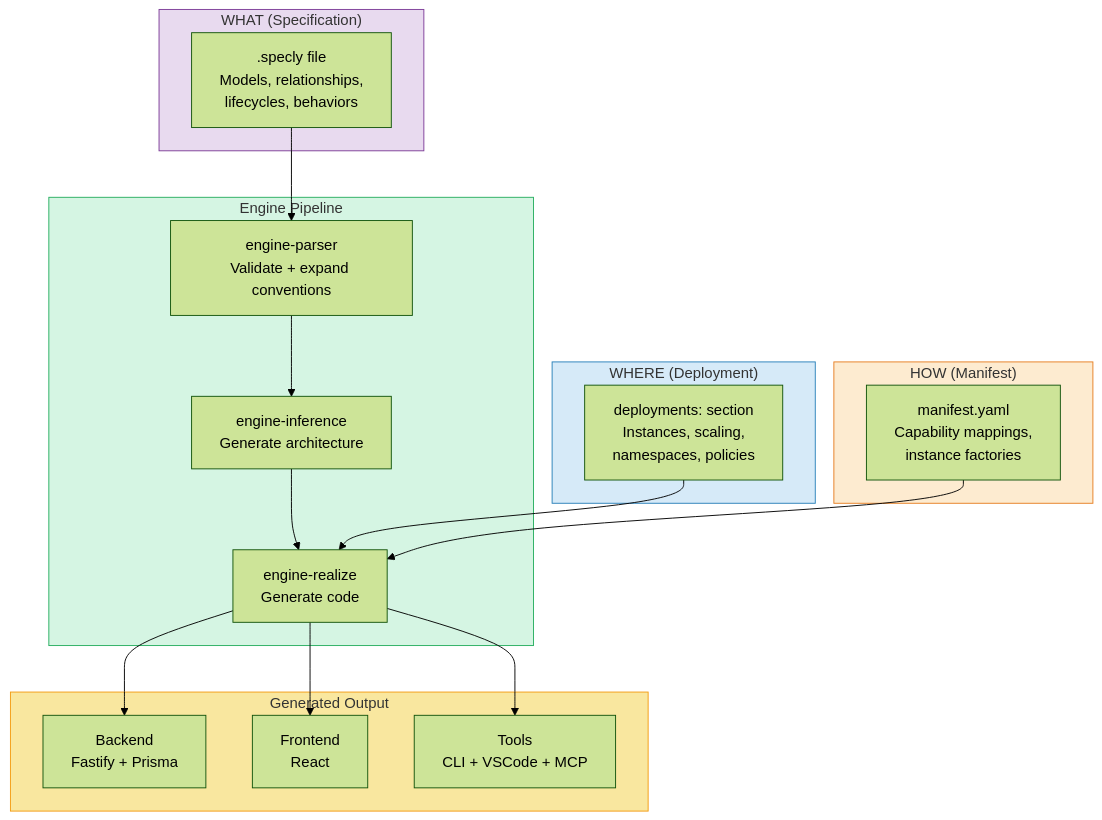
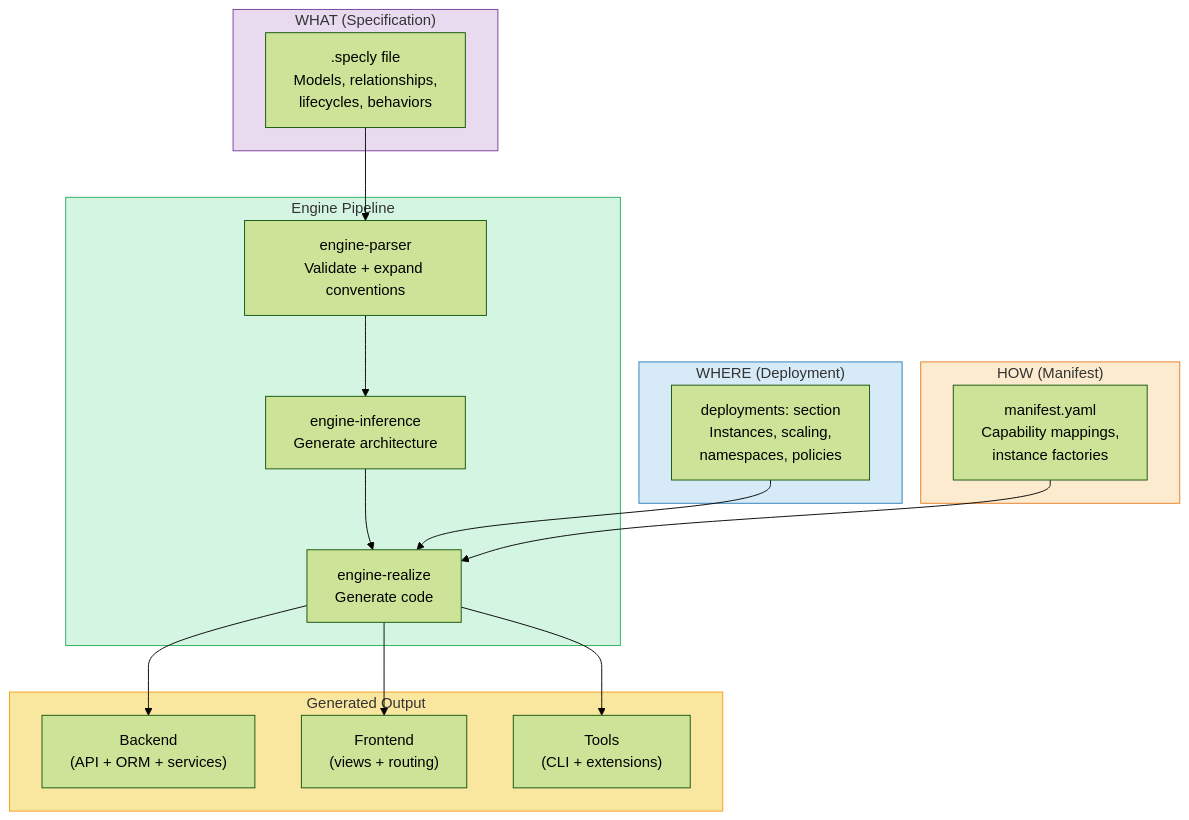
Before and after one commit to SpecVerse/specverse-self: the second of 3 diagrams in docs/SPECVERSE-GUIDE.md, drawn with Mermaid (forest theme). The commit also changed other lines of this file, not shown here.

Commit message:
fix: make pipeline diagrams generic (not specverse-self specific)
Backend/Frontend/Tools instead of Fastify+Prisma+React.
The specific technology comes from the manifest, not the diagram.

````diff
--- a/docs/SPECVERSE-GUIDE.md
+++ b/docs/SPECVERSE-GUIDE.md
@@ -689,37 +689,37 @@
 ```mermaid
 flowchart TB
     subgraph WHAT ["WHAT (Specification)"]
         spec[".specly file<br/>Models, relationships,<br/>lifecycles, behaviors"]
     end
 
     subgraph WHERE ["WHERE (Deployment)"]
         deploy["deployments: section<br/>Instances, scaling,<br/>namespaces, policies"]
     end
 
     subgraph HOW ["HOW (Manifest)"]
         manifest["manifest.yaml<br/>Capability mappings,<br/>instance factories"]
     end
 
     subgraph PIPELINE ["Engine Pipeline"]
         parse["engine-parser<br/>Validate + expand conventions"]
         infer["engine-inference<br/>Generate architecture"]
         realize["engine-realize<br/>Generate code"]
     end
 
     subgraph OUTPUT ["Generated Output"]
-        backend["Backend<br/>Fastify + Prisma"]
-        frontend["Frontend<br/>React"]
-        tools["Tools<br/>CLI + VSCode + MCP"]
+        backend["Backend<br/>(API + ORM + services)"]
+        frontend["Frontend<br/>(views + routing)"]
+        tools["Tools<br/>(CLI + extensions)"]
     end
 
     spec --> parse --> infer --> realize
     deploy --> realize
     manifest --> realize
     realize --> backend & frontend & tools
 
     style WHAT fill:#e8daef,stroke:#7d3c98
     style WHERE fill:#d6eaf8,stroke:#2980b9
     style HOW fill:#fdebd0,stroke:#e67e22
     style PIPELINE fill:#d5f5e3,stroke:#27ae60
     style OUTPUT fill:#f9e79f,stroke:#f39c12
 ```
````
